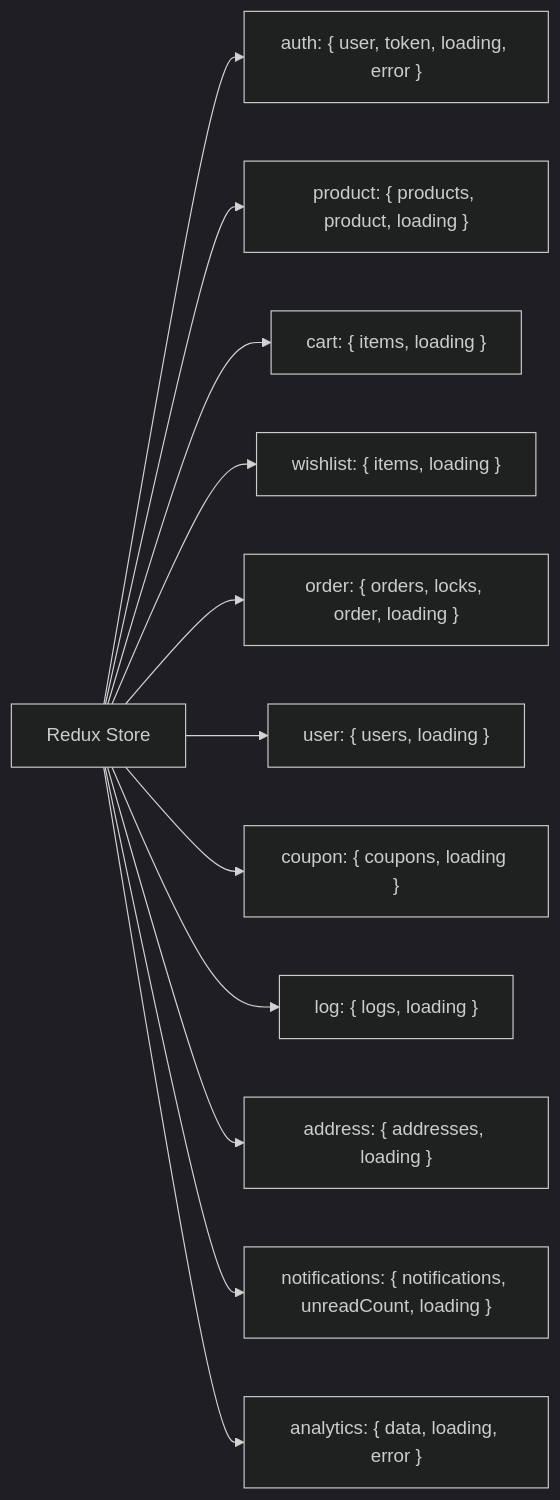
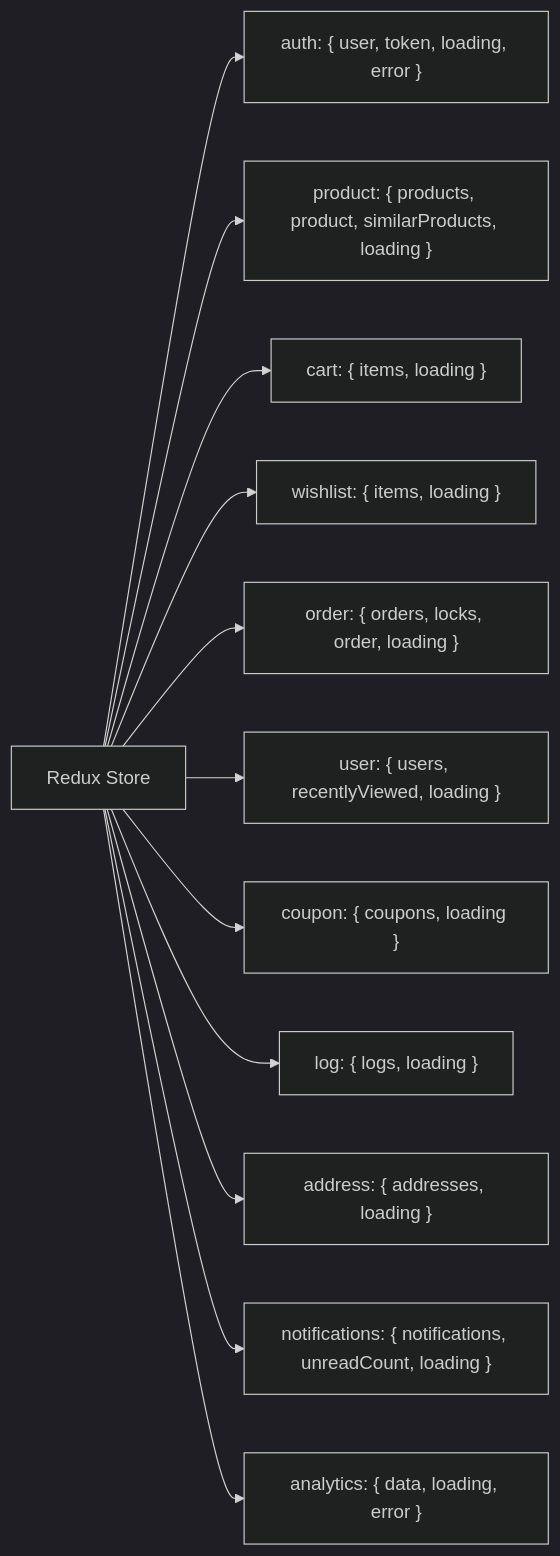
Before and after one commit to Narendrakaduru/QuickCart: the tenth of 12 diagrams in architecture_diagrams.md, drawn with Mermaid (dark theme). The commit also changed other lines of this file and 6 other files, not shown here.

Commit message:
feat: similar products

````diff
--- a/architecture_diagrams.md
+++ b/architecture_diagrams.md
@@ -608,14 +610,14 @@
 ```mermaid
 graph LR
     STORE["Redux Store"] --> AUTH["auth: { user, token, loading, error }"]
-    STORE --> PROD["product: { products, product, loading }"]
+    STORE --> PROD["product: { products, product, similarProducts, loading }"]
     STORE --> CART["cart: { items, loading }"]
     STORE --> WL["wishlist: { items, loading }"]
     STORE --> ORD["order: { orders, locks, order, loading }"]
-    STORE --> USR["user: { users, loading }"]
+    STORE --> USR["user: { users, recentlyViewed, loading }"]
     STORE --> CPN["coupon: { coupons, loading }"]
     STORE --> LOG["log: { logs, loading }"]
     STORE --> ADDR["address: { addresses, loading }"]
     STORE --> NOTIF["notifications: { notifications, unreadCount, loading }"]
     STORE --> ANLY["analytics: { data, loading, error }"]
 ```
````
